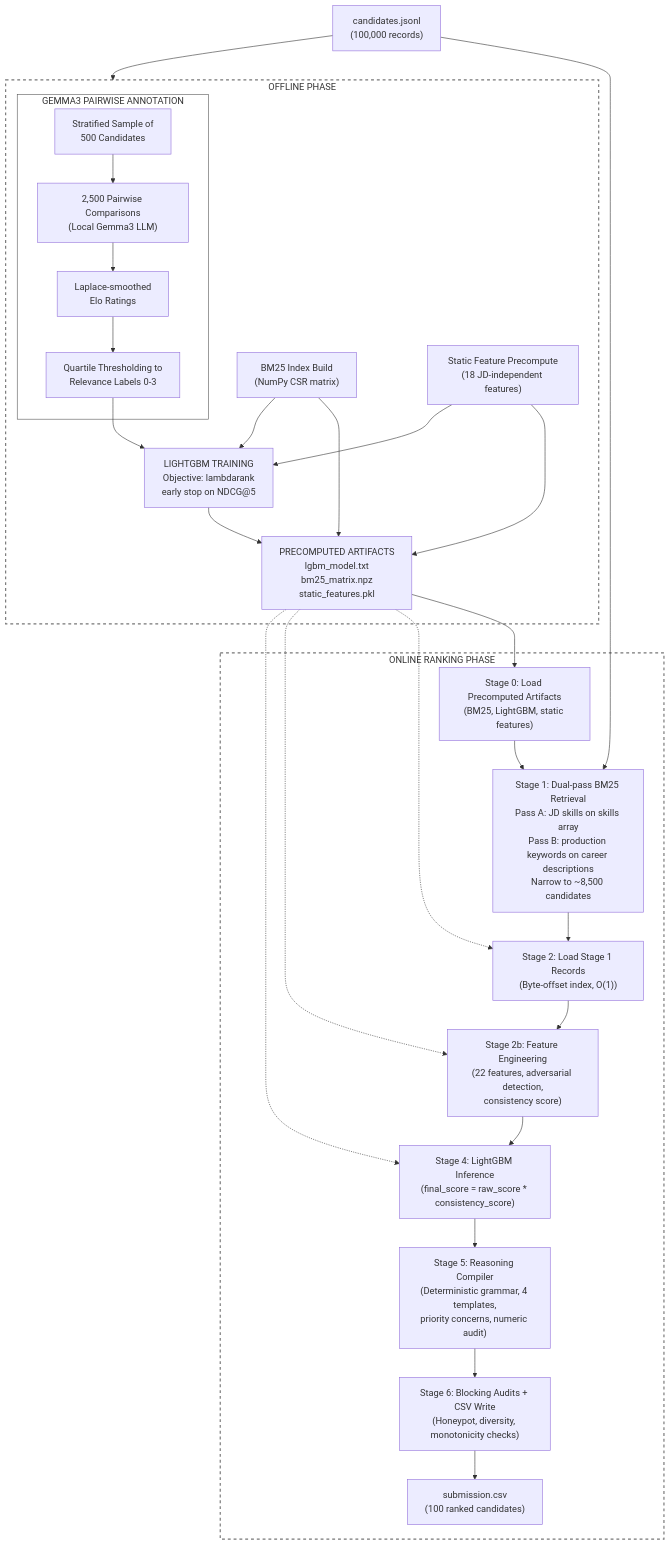
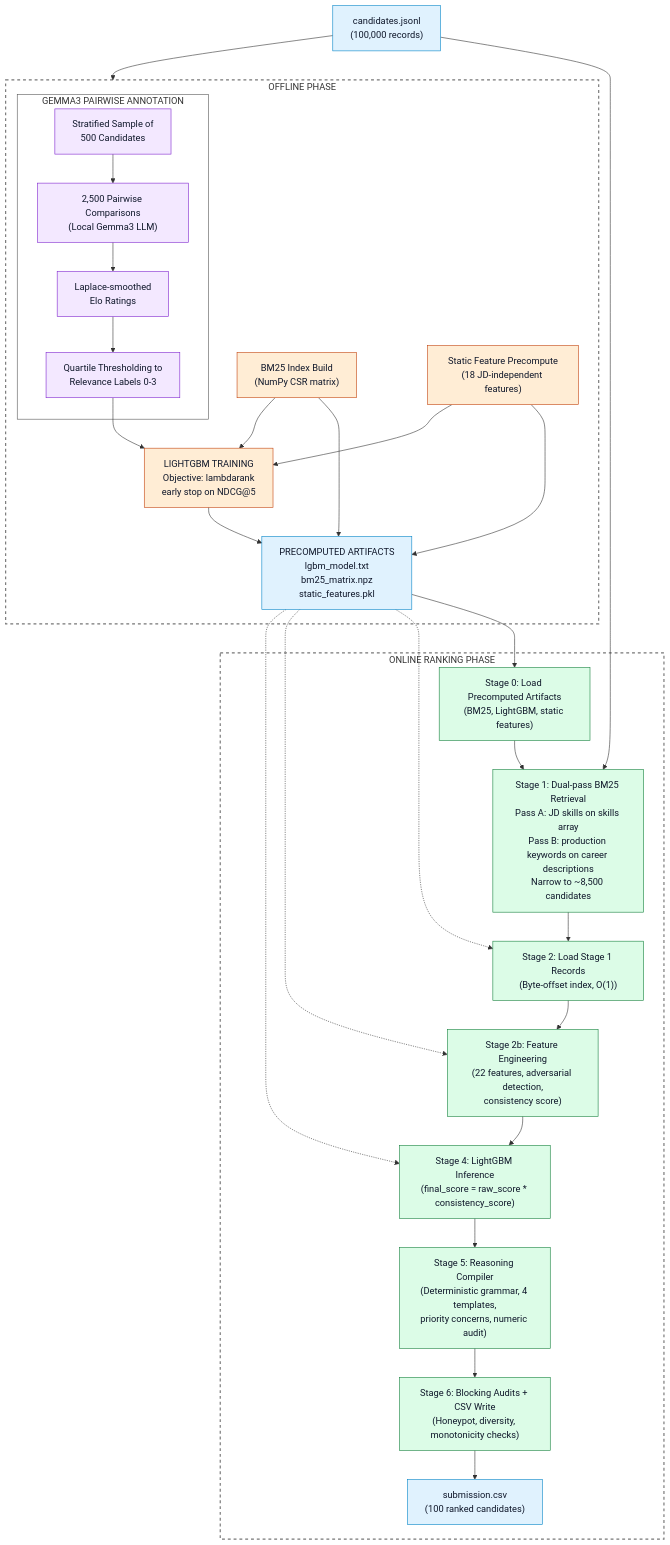
Before and after one commit to Pranjal1342/Intelligent-Candidate-Discovery-Ranking-System: the diagram in README.md, drawn with Mermaid. The commit also changed other lines of this file, not shown here.

Commit message:
Enhance flowchart styling in README.md

````diff
--- a/README.md
+++ b/README.md
@@ -24,70 +24,77 @@
 ```mermaid
-    flowchart TD
-    candidates_jsonl["candidates.jsonl<br/>(100,000 records)"]
-    submission_csv["submission.csv<br/>(100 ranked candidates)"]
+ flowchart TD
+    %% Define classes with light pastel fills, complementary borders, and dark text for contrast
+    classDef data fill:#e0f2fe,stroke:#0284c7,stroke-width:1px,color:#0f172a;
+    classDef llm fill:#f3e8ff,stroke:#7e22ce,stroke-width:1px,color:#0f172a;
+    classDef offline fill:#ffedd5,stroke:#c2410c,stroke-width:1px,color:#0f172a;
+    classDef online fill:#dcfce7,stroke:#15803d,stroke-width:1px,color:#0f172a;
+
+    candidates_jsonl["candidates.jsonl<br/>(100,000 records)"]:::data
+    submission_csv["submission.csv<br/>(100 ranked candidates)"]:::data
 
     subgraph offline_phase [OFFLINE PHASE]
         subgraph gemma3_annotation [GEMMA3 PAIRWISE ANNOTATION]
-            stratified_sample["Stratified Sample of<br/>500 Candidates"]
-            pairwise_comparisons["2,500 Pairwise Comparisons<br/>(Local Gemma3 LLM)"]
-            elo_ratings["Laplace-smoothed<br/>Elo Ratings"]
-            relevance_labels["Quartile Thresholding to<br/>Relevance Labels 0-3"]
+            stratified_sample["Stratified Sample of<br/>500 Candidates"]:::llm
+            pairwise_comparisons["2,500 Pairwise Comparisons<br/>(Local Gemma3 LLM)"]:::llm
+            elo_ratings["Laplace-smoothed<br/>Elo Ratings"]:::llm
+            relevance_labels["Quartile Thresholding to<br/>Relevance Labels 0-3"]:::llm
             
             stratified_sample --> pairwise_comparisons
             pairwise_comparisons --> elo_ratings
             elo_ratings --> relevance_labels
         end
         
-        bm25_index_build["BM25 Index Build<br/>(NumPy CSR matrix)"]
-        static_feature_precompute["Static Feature Precompute<br/>(18 JD-independent features)"]
+        bm25_index_build["BM25 Index Build<br/>(NumPy CSR matrix)"]:::offline
+        static_feature_precompute["Static Feature Precompute<br/>(18 JD-independent features)"]:::offline
         
-        lightgbm_training["LIGHTGBM TRAINING<br/>Objective: lambdarank<br/>early stop on NDCG@5"]
+        lightgbm_training["LIGHTGBM TRAINING<br/>Objective: lambdarank<br/>early stop on NDCG@5"]:::offline
         
         bm25_index_build --> precomputed_artifacts_box
         static_feature_precompute --> precomputed_artifacts_box
         relevance_labels --> lightgbm_training
         static_feature_precompute --> lightgbm_training
         bm25_index_build --> lightgbm_training
         
         lightgbm_training --> precomputed_artifacts_box
         
-        precomputed_artifacts_box["PRECOMPUTED ARTIFACTS<br/>lgbm_model.txt<br/>bm25_matrix.npz<br/>static_features.pkl"]
+        precomputed_artifacts_box["PRECOMPUTED ARTIFACTS<br/>lgbm_model.txt<br/>bm25_matrix.npz<br/>static_features.pkl"]:::data
     end
     
     subgraph online_ranking_phase [ONLINE RANKING PHASE]
-        stage_0["Stage 0: Load Precomputed Artifacts<br/>(BM25, LightGBM, static features)"]
+        stage_0["Stage 0: Load Precomputed Artifacts<br/>(BM25, LightGBM, static features)"]:::online
         
-        stage_1["Stage 1: Dual-pass BM25 Retrieval<br/>Pass A: JD skills on skills array<br/>Pass B: production keywords on career descriptions<br/>Narrow to ~8,500 candidates"]
+        stage_1["Stage 1: Dual-pass BM25 Retrieval<br/>Pass A: JD skills on skills array<br/>Pass B: production keywords on career descriptions<br/>Narrow to ~8,500 candidates"]:::online
         
-        stage_2["Stage 2: Load Stage 1 Records<br/>(Byte-offset index, O(1))"]
+        stage_2["Stage 2: Load Stage 1 Records<br/>(Byte-offset index, O(1))"]:::online
         
-        stage_2b["Stage 2b: Feature Engineering<br/>(22 features, adversarial detection,<br/>consistency score)"]
+        stage_2b["Stage 2b: Feature Engineering<br/>(22 features, adversarial detection,<br/>consistency score)"]:::online
         
-        stage_4["Stage 4: LightGBM Inference<br/>(final_score = raw_score * consistency_score)"]
+        stage_4["Stage 4: LightGBM Inference<br/>(final_score = raw_score * consistency_score)"]:::online
         
-        stage_5["Stage 5: Reasoning Compiler<br/>(Deterministic grammar, 4 templates,<br/>priority concerns, numeric audit)"]
+        stage_5["Stage 5: Reasoning Compiler<br/>(Deterministic grammar, 4 templates,<br/>priority concerns, numeric audit)"]:::online
         
-        stage_6["Stage 6: Blocking Audits + CSV Write<br/>(Honeypot, diversity, monotonicity checks)"]
+        stage_6["Stage 6: Blocking Audits + CSV Write<br/>(Honeypot, diversity, monotonicity checks)"]:::online
         
         stage_0 --> stage_1
         stage_1 --> stage_2
         stage_2 --> stage_2b
         stage_2b --> stage_4
         stage_4 --> stage_5
         stage_5 --> stage_6
         stage_6 --> submission_csv
     end
     
     candidates_jsonl --> offline_phase
     candidates_jsonl --> stage_1
 
     precomputed_artifacts_box --> stage_0
     precomputed_artifacts_box -.-> stage_2
     precomputed_artifacts_box -.-> stage_2b
     precomputed_artifacts_box -.-> stage_4
     
     %% Use transparent fills (none) so it inherits GitHub's native dark/light themes seamlessly
     style offline_phase fill:none,stroke:#777,stroke-width:2px,stroke-dasharray: 5 5
     style online_ranking_phase fill:none,stroke:#777,stroke-width:2px,stroke-dasharray: 5 5
-    style gemma3_annotation fill:none,stroke:#555,stroke-width:1px
-```    
+    style gemma3_annotation fill:none,stroke:#555,stroke-width:1px   
+
+```        
````
